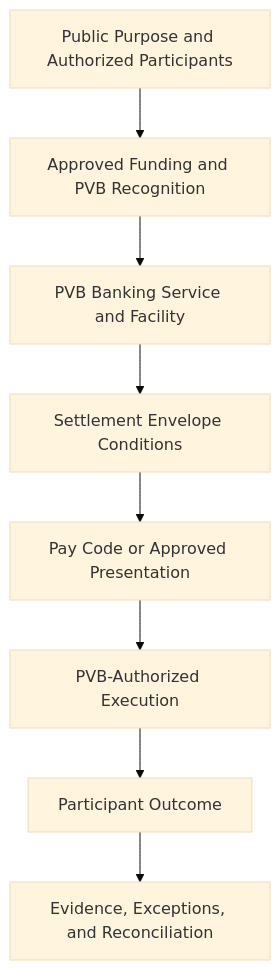
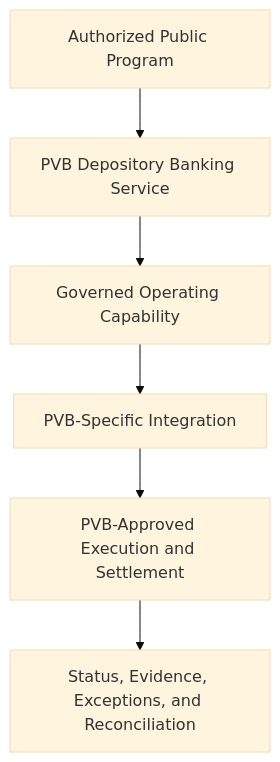
One commit to 3neti/x-change-monographs changed the third of 7 diagrams in docs/institutions/philippine-veterans-bank/program-guide/appendices/diagrams.md. Above: the diagram before and after it, drawn with Mermaid (base theme). The commit also changed other lines of this file and 21 other files, not shown here.

````diff
--- a/docs/institutions/philippine-veterans-bank/program-guide/appendices/diagrams.md
+++ b/docs/institutions/philippine-veterans-bank/program-guide/appendices/diagrams.md
@@ -53,10 +31,8 @@
 ```mermaid
 flowchart TD
-    Authority["Public Purpose and Authorized Participants"] --> Funding["Approved Funding and PVB Recognition"]
-    Funding --> Facility["PVB Banking Service and Facility"]
-    Facility --> Conditions["Settlement Envelope Conditions"]
-    Conditions --> Credential["Pay Code or Approved Presentation"]
-    Credential --> Execution["PVB-Authorized Execution"]
-    Execution --> Outcome["Participant Outcome"]
-    Outcome --> Reconcile["Evidence, Exceptions, and Reconciliation"]
+    Public["Authorized Public Program"] --> Service["PVB Depository Banking Service"]
+    Service --> Grammar["Governed Operating Capability"]
+    Grammar --> Integration["PVB-Specific Integration"]
+    Integration --> Settlement["PVB-Approved Execution and Settlement"]
+    Settlement --> Evidence["Status, Evidence, Exceptions, and Reconciliation"]
 ```
````
